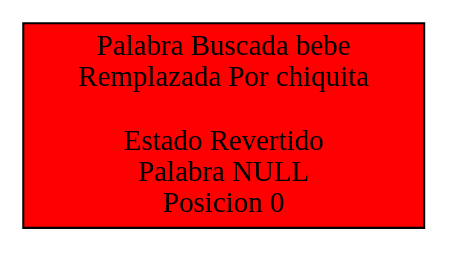
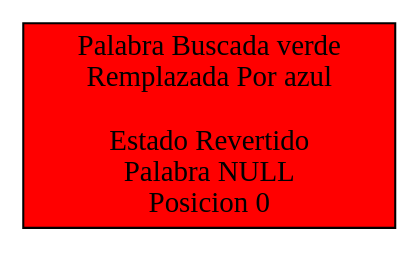
Before and after one commit to ChrisUSAC/EDD_1S2020_P1_201709272: the diagram in uedit/PilaRevertidos.dot, drawn with Graphviz. The commit also changed 23 other files, not shown here.

```diff
--- a/uedit/PilaRevertidos.dot
+++ b/uedit/PilaRevertidos.dot
@@ -1,11 +1,11 @@
 digraph p{ 
 rankdir=LR 
 node[ shape = box] 
-0[label = "Palabra Buscada bebe
-Remplazada Por chiquita
+0[label = "Palabra Buscada verde
+Remplazada Por azul
 
 Estado Revertido
 Palabra NULL
 Posicion 0
 " width=2.0, fillcolor = red, style = filled ]; 
 }
```
